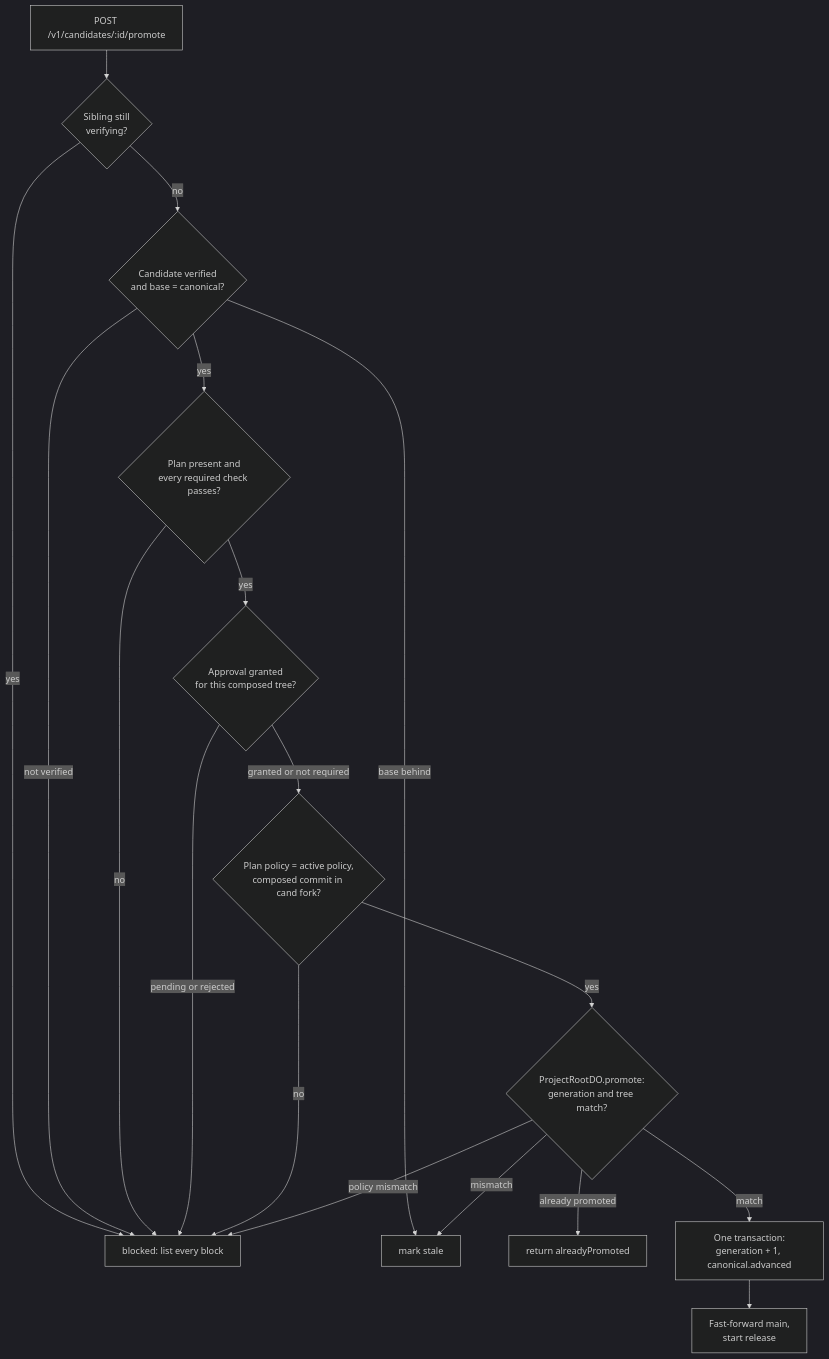
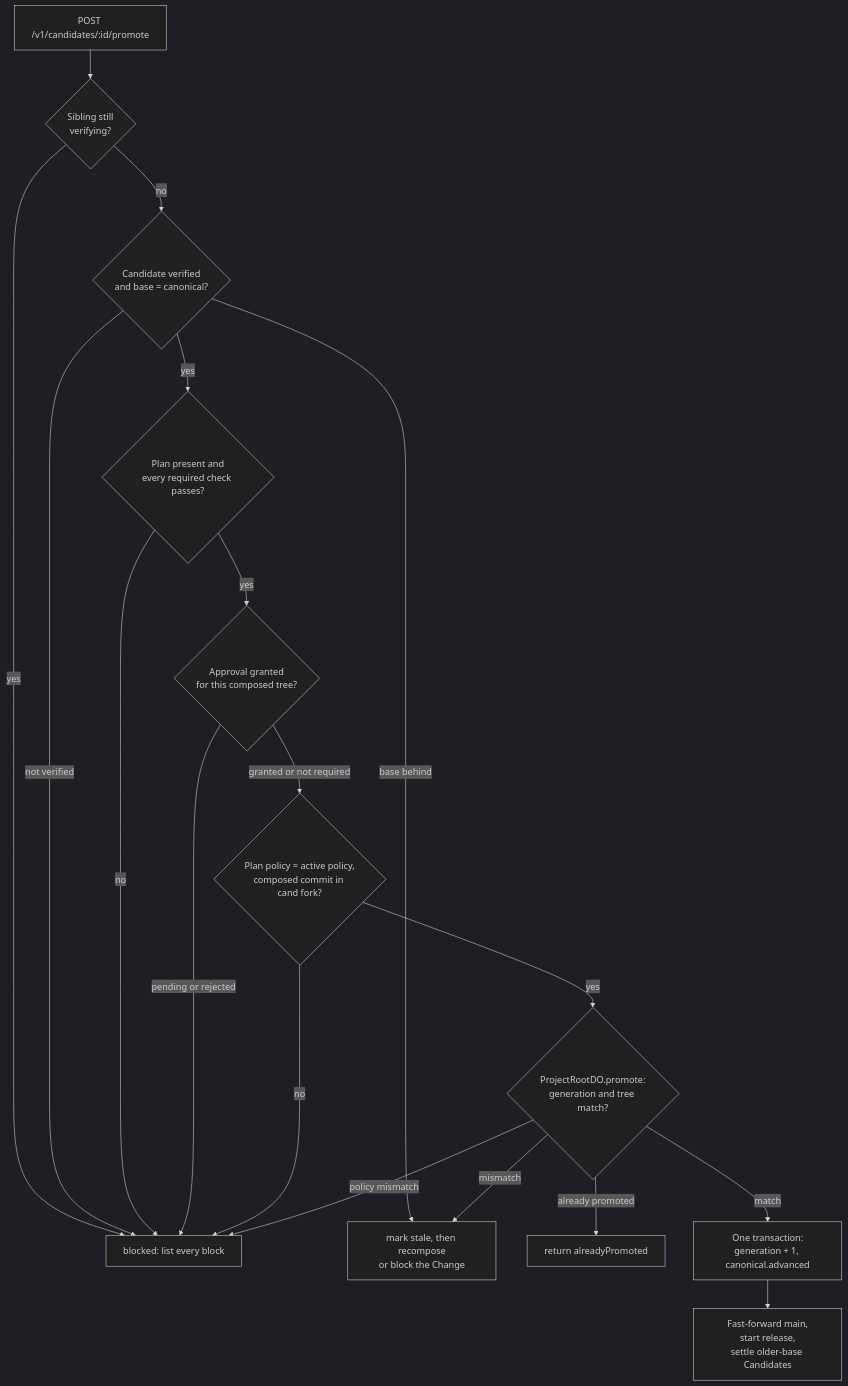
The eighth of 8 diagrams in docs/architecture/source-and-verification.md (nsudhanva/rhumbatron), drawn with Mermaid (dark theme) before and after one commit. The commit also changed 8 other files, not shown here.

Commit message:
fix(integration): recompose stale candidates whichever sweep marks them first

````diff
--- a/docs/architecture/source-and-verification.md
+++ b/docs/architecture/source-and-verification.md
@@ -309,20 +309,20 @@
 ```mermaid
 flowchart TB
   REQ["POST /v1/candidates/:id/promote"] --> P0{"Sibling still<br/>verifying?"}
   P0 -->|"yes"| BLK
   P0 -->|"no"| P1{"Candidate verified<br/>and base = canonical?"}
-  P1 -->|"base behind"| STALE["mark stale"]
+  P1 -->|"base behind"| STALE["mark stale, then recompose<br/>or block the Change"]
   P1 -->|"not verified"| BLK["blocked: list every block"]
   P1 -->|"yes"| P2{"Plan present and<br/>every required check passes?"}
   P2 -->|"no"| BLK
   P2 -->|"yes"| P3{"Approval granted<br/>for this composed tree?"}
   P3 -->|"pending or rejected"| BLK
   P3 -->|"granted or not required"| P4{"Plan policy = active policy,<br/>composed commit in cand fork?"}
   P4 -->|"no"| BLK
   P4 -->|"yes"| CAS{"ProjectRootDO.promote:<br/>generation and tree match?"}
   CAS -->|"already promoted"| DONE["return alreadyPromoted"]
   CAS -->|"mismatch"| STALE
   CAS -->|"policy mismatch"| BLK
   CAS -->|"match"| ADV["One transaction:<br/>generation + 1, canonical.advanced"]
-  ADV --> SYNC["Fast-forward main,<br/>start release"]
+  ADV --> SYNC["Fast-forward main,<br/>start release,<br/>settle older-base Candidates"]
 ```
````
